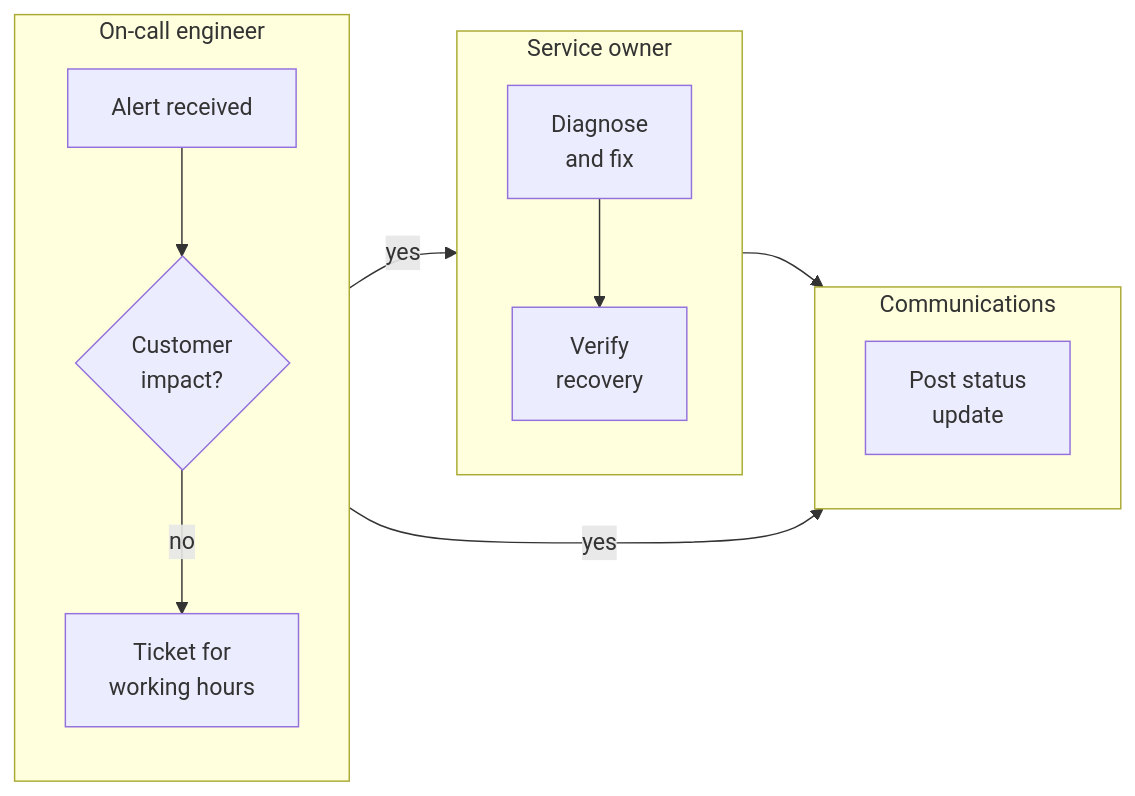
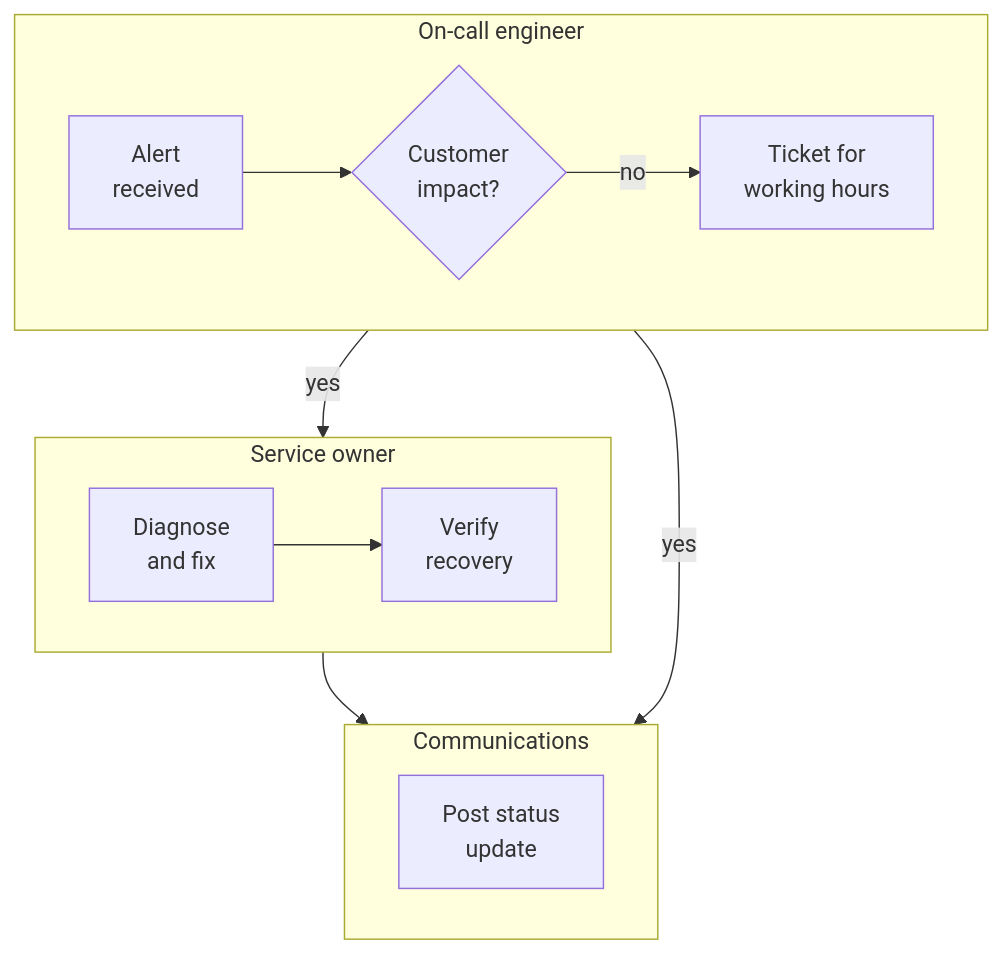
One commit to acrr-asia/acrr changed the second of 3 diagrams in src/content/blog/strategic-thinking-and-decisions.mdx. Above: the diagram before and after it, drawn with Mermaid. The commit also changed other lines of this file and 5 other files, not shown here.

````diff
--- a/src/content/blog/strategic-thinking-and-decisions.mdx
+++ b/src/content/blog/strategic-thinking-and-decisions.mdx
@@ -72,19 +72,19 @@
 ```mermaid
-flowchart LR
+flowchart TB
     subgraph OC["On-call engineer"]
-        direction TB
-        A["Alert received"] --> B{"Customer<br/>impact?"}
+        direction LR
+        A["Alert<br/>received"] --> B{"Customer<br/>impact?"}
         B -- "no" --> T["Ticket for<br/>working hours"]
     end
     subgraph SO["Service owner"]
-        direction TB
+        direction LR
         F["Diagnose<br/>and fix"] --> V["Verify<br/>recovery"]
     end
     subgraph CM["Communications"]
-        direction TB
+        direction LR
         S["Post status<br/>update"]
     end
     B -- "yes" --> F
     B -- "yes" --> S
     V --> S
 ```
````
